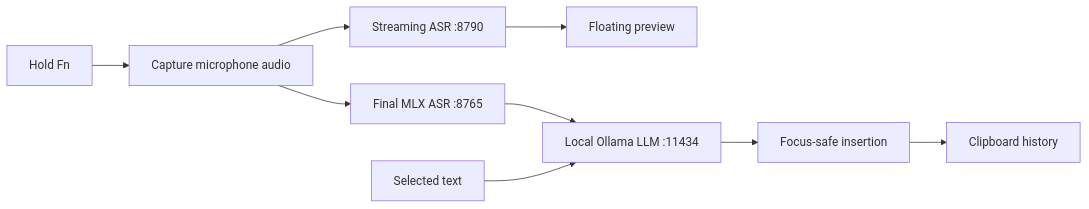
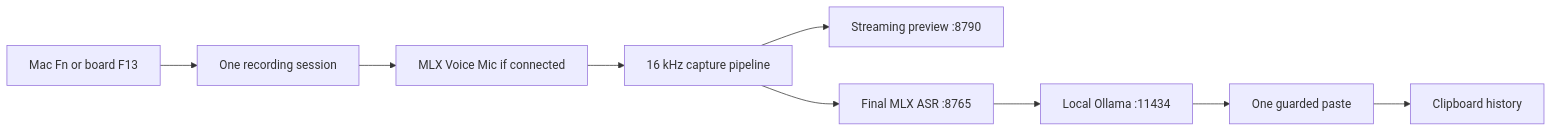
One commit to xiaokhkh/inVoice changed the diagram in README.en.md. Above: the diagram before and after it, drawn with Mermaid. The commit also changed other lines of this file and 5 other files, not shown here.

````diff
--- a/README.en.md
+++ b/README.en.md
@@ -155,11 +87,11 @@
 ```mermaid
 flowchart LR
-    A["Hold Fn"] --> B["Capture microphone audio"]
-    B --> C["Streaming ASR :8790"]
-    C --> D["Floating preview"]
-    B --> E["Final MLX ASR :8765"]
-    E --> F["Local Ollama LLM :11434"]
-    F --> G["Focus-safe insertion"]
-    H["Selected text"] --> F
-    G --> I["Clipboard history"]
+    A["Mac Fn or board F13"] --> B["One recording session"]
+    B --> C["MLX Voice Mic if connected"]
+    C --> D["16 kHz capture pipeline"]
+    D --> E["Streaming preview :8790"]
+    D --> F["Final MLX ASR :8765"]
+    F --> G["Local Ollama :11434"]
+    G --> H["One guarded paste"]
+    H --> I["Clipboard history"]
 ```
````
